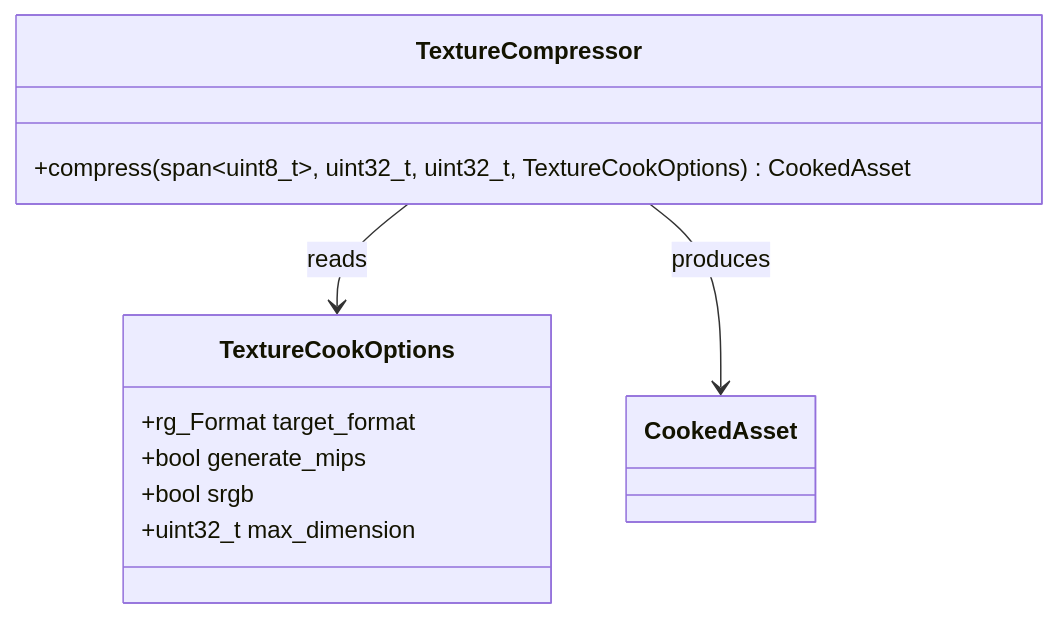
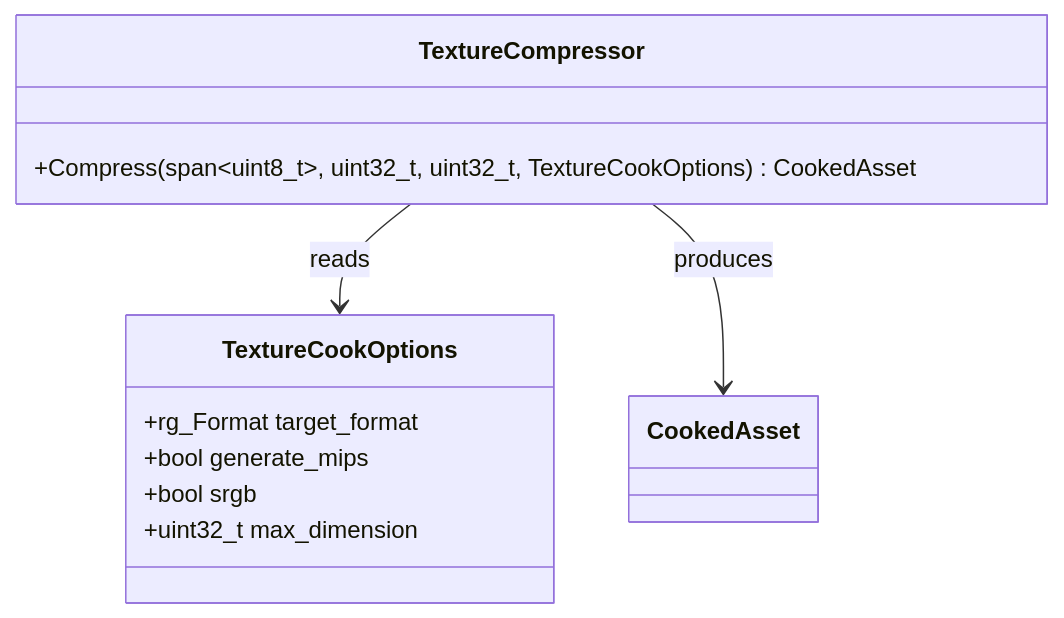
One commit to harmonius-dev/harmonius changed the third of 12 diagrams in docs/design/asset-pipeline-classes.md. Above: the diagram before and after it, drawn with Mermaid. The commit also changed other lines of this file and 67 other files, not shown here.

````diff
--- a/docs/design/asset-pipeline-classes.md
+++ b/docs/design/asset-pipeline-classes.md
@@ -123,15 +123,15 @@
 ```mermaid
 classDiagram
     class TextureCookOptions {
         +rg_Format target_format
         +bool generate_mips
         +bool srgb
         +uint32_t max_dimension
     }
     class TextureCompressor {
-        +compress(span~uint8_t~, uint32_t, uint32_t, TextureCookOptions) CookedAsset
+        +Compress(span~uint8_t~, uint32_t, uint32_t, TextureCookOptions) CookedAsset
     }
 
     TextureCompressor --> TextureCookOptions : reads
     TextureCompressor --> CookedAsset : produces
 ```
````
